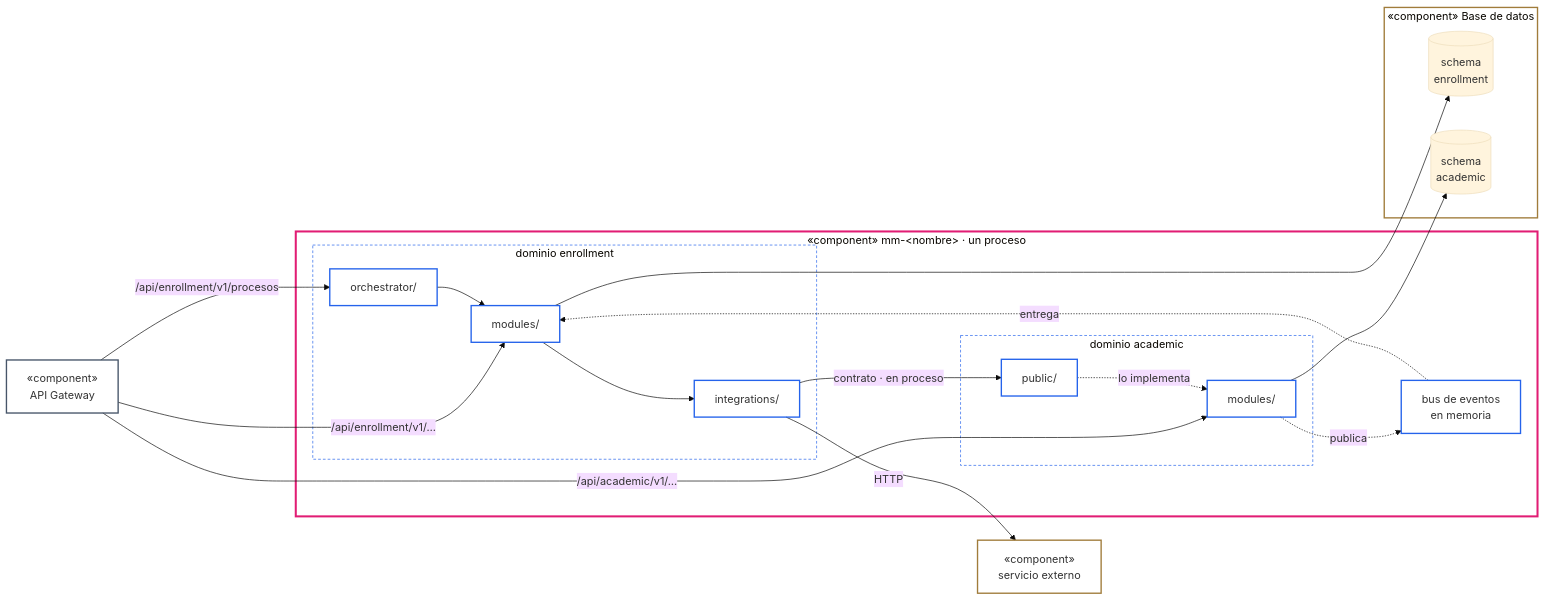
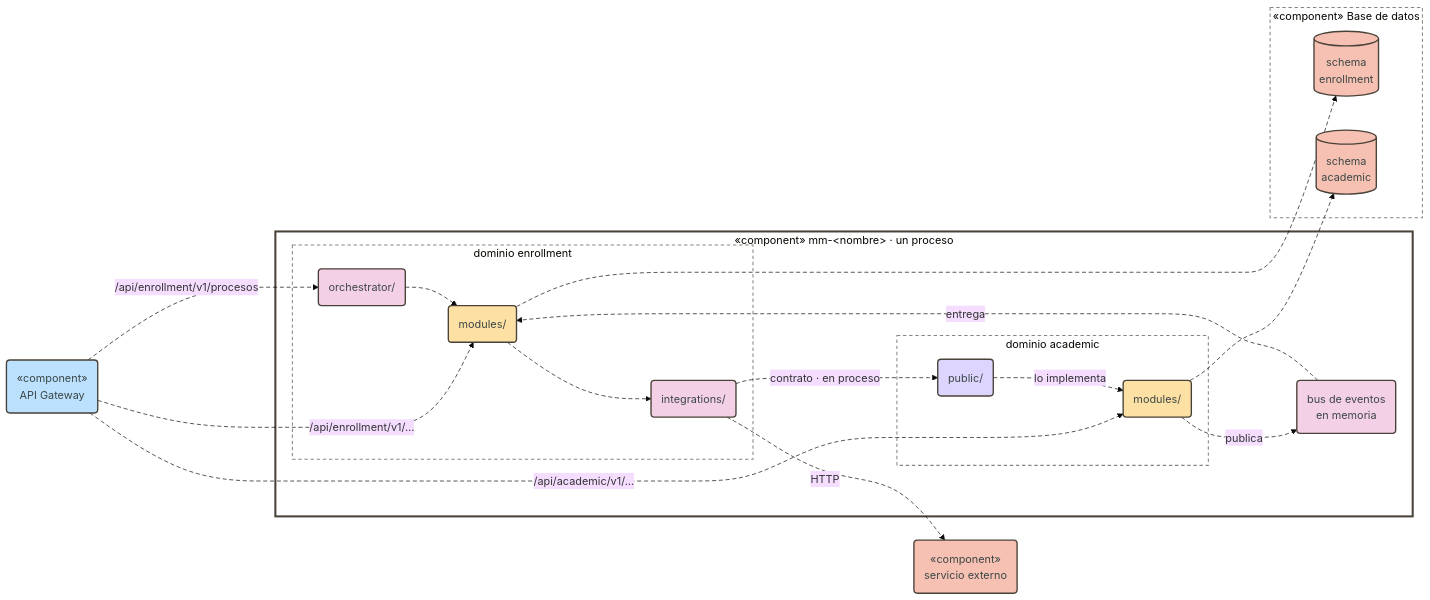
One commit to pcarroza91/nest-template changed the first of 3 diagrams in docs/architecture/modular-monolith.md. Above: the diagram before and after it, drawn with Mermaid (base theme). The commit also changed other lines of this file and 2 other files, not shown here.

Commit message:
docs(architecture): aplica el estilo pastel por rol a los diagramas Mermaid
Paleta por rol (entry, domain, flow, contract, shared, ext, decision),
nodos redondeados, flechas punteadas y prohibiciones en rojo.

````diff
--- a/docs/architecture/modular-monolith.md
+++ b/docs/architecture/modular-monolith.md
@@ -31,45 +31,50 @@
 ```mermaid
 flowchart LR
-    GW["«component»<br/>API Gateway"]
+    GW("«component»<br/>API Gateway")
     subgraph MM["«component» mm-&lt;nombre&gt; · un proceso"]
         subgraph D1["dominio enrollment"]
-            O1["orchestrator/"]
-            M1["modules/"]
-            I1["integrations/"]
+            O1("orchestrator/")
+            M1("modules/")
+            I1("integrations/")
         end
         subgraph D2["dominio academic"]
-            P2["public/"]
-            M2["modules/"]
+            P2("public/")
+            M2("modules/")
         end
-        BUS["bus de eventos<br/>en memoria"]
+        BUS("bus de eventos<br/>en memoria")
     end
     subgraph DB["«component» Base de datos"]
         S1[("schema<br/>enrollment")]
         S2[("schema<br/>academic")]
     end
-    EXT["«component»<br/>servicio externo"]
+    EXT("«component»<br/>servicio externo")
 
     GW -- "/api/enrollment/v1/…" --> M1
     GW -- "/api/enrollment/v1/procesos" --> O1
     GW -- "/api/academic/v1/…" --> M2
     O1 --> M1
     M1 --> I1
     I1 -- "contrato · en proceso" --> P2
     P2 -. "lo implementa" .-> M2
     I1 -- "HTTP" --> EXT
     M1 --> S1
     M2 --> S2
     M2 -. "publica" .-> BUS
     BUS -. "entrega" .-> M1
 
-    classDef pkg fill:transparent,stroke:#2563eb,stroke-dasharray:4 3
-    classDef main fill:transparent,stroke:#e11d74,stroke-width:3px
-    classDef feature fill:transparent,stroke:#2563eb,stroke-width:2px
-    classDef gw fill:transparent,stroke:#475569,stroke-width:2px
-    classDef ext fill:transparent,stroke:#a07c3b,stroke-width:2px
-    class D1,D2 pkg
-    class MM main
-    class O1,M1,I1,P2,M2,BUS feature
-    class GW gw
-    class EXT,DB ext
+    classDef entry fill:#bce1ff,stroke:#494238,stroke-width:2px,color:#3c4747
+    classDef domain fill:#fde0a3,stroke:#494238,stroke-width:2px,color:#3c4747
+    classDef flow fill:#f4d0e6,stroke:#494238,stroke-width:2px,color:#3c4747
+    classDef contract fill:#ded5fe,stroke:#494238,stroke-width:2px,color:#3c4747
+    classDef ext fill:#f6c1b2,stroke:#494238,stroke-width:2px,color:#3c4747
+    classDef pkg fill:transparent,stroke:#8a857d,stroke-width:1.5px,stroke-dasharray:5 4
+    classDef system fill:transparent,stroke:#494238,stroke-width:3px
+    class GW entry
+    class M1,M2 domain
+    class O1,I1,BUS flow
+    class P2 contract
+    class S1,S2,EXT ext
+    class D1,D2,DB pkg
+    class MM system
+    linkStyle default stroke-dasharray:6 4
 ```
````
